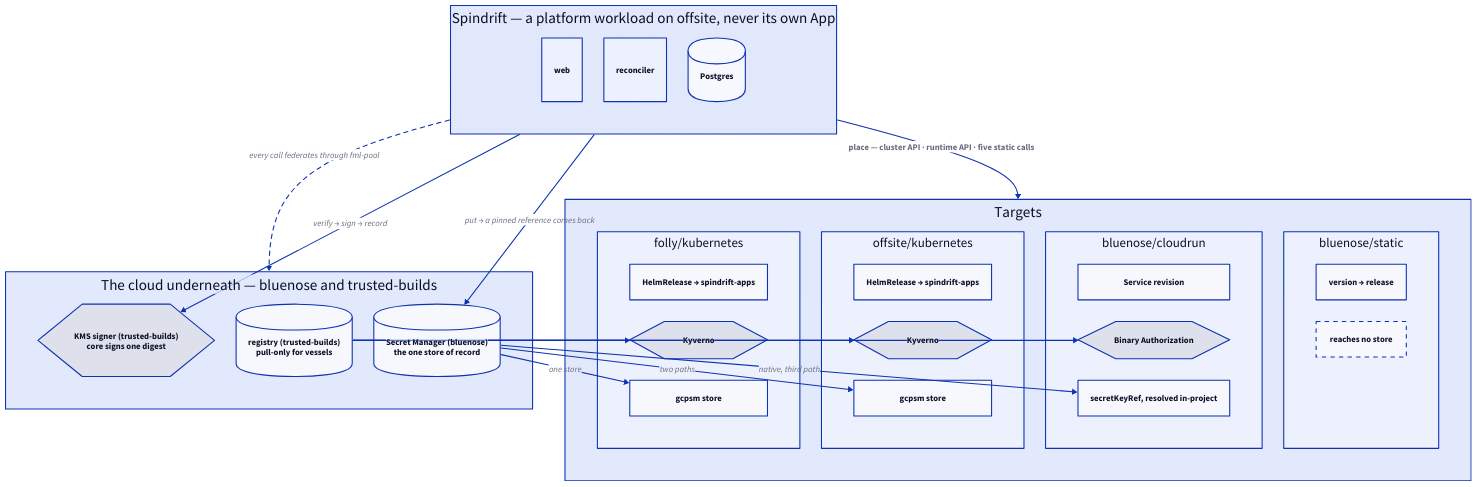
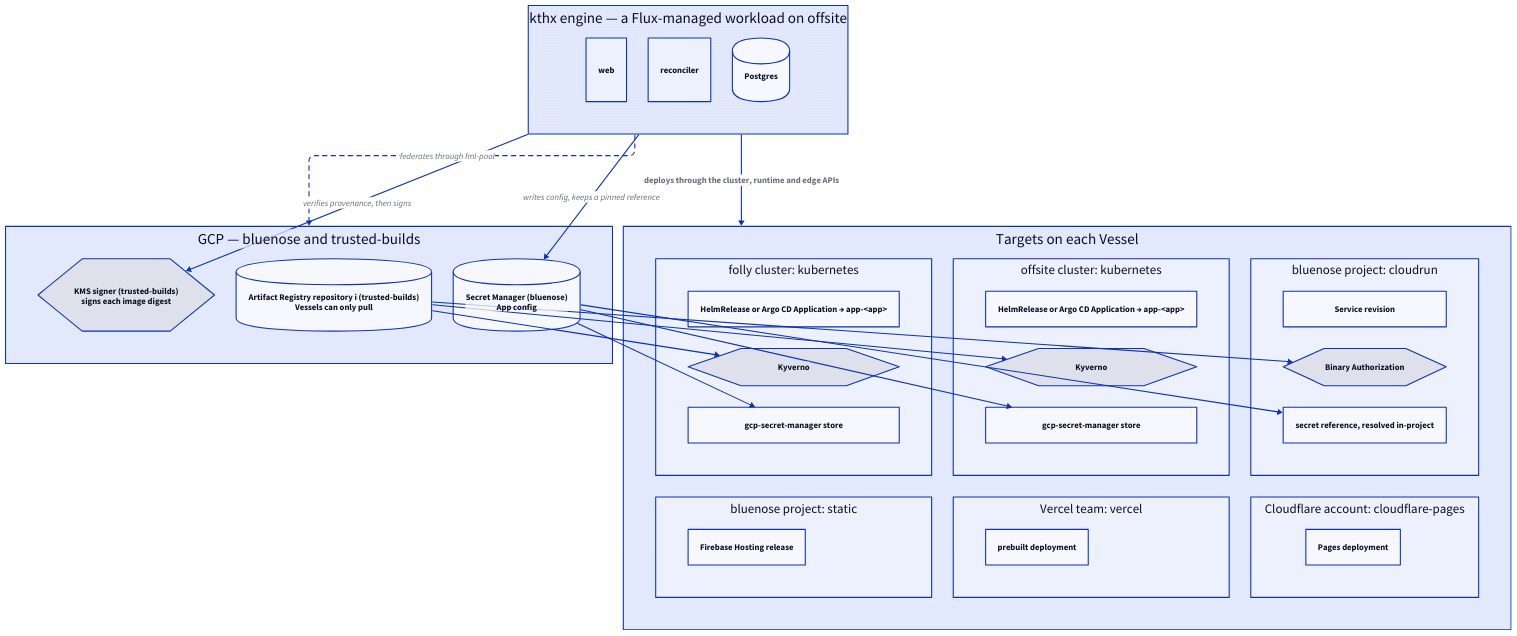
One commit to jonpulsifer/infra changed the diagram in docs/assets/spindrift-vessels.d2. Above: the diagram before and after it, drawn with D2. The commit also changed 18 other files, not shown here.

First line of the commit message:
docs: rewrite app pages

```diff
--- a/docs/assets/spindrift-vessels.d2
+++ b/docs/assets/spindrift-vessels.d2
@@ -1,79 +1,78 @@
-# Spindrift's vessels and the cloud they federate into.
-#
-# A Vessel is the boundary that admits a call or refuses it. A Target is one
-# runtime surface on a vessel, and a Target is what a Component is placed on.
-# Terraform owns every boundary and Flux owns each cluster's platform
-# prerequisites; Spindrift only places workloads inside one.
-#
-# Labels stay short on purpose — the prose on docs/apps/kthx/built-apps.md
-# carries the sentences, this carries the shape. Edges stay few for the same
-# reason: the ownership story belongs in the prose beside it rather than drawn
-# as an arrow every box, which is what turned an earlier revision into
-# spaghetti.
+# kthx built apps: the Vessels, their Targets, and the GCP projects the
+# engine federates into.
 
 vars: {
   d2-config: {
-    layout-engine: dagre
+    layout-engine: elk
     theme-id: 0
     dark-theme-id: 200
     pad: 20
   }
 }
 
 direction: down
 
-control: "Spindrift — a platform workload on offsite, never its own App" {
+control: "kthx engine — a Flux-managed workload on offsite" {
   style.fill-pattern: dots
   grid-columns: 3
   web: web
   rec: reconciler
   db: Postgres {shape: cylinder}
 }
 
-cloud: "The cloud underneath — bluenose and trusted-builds" {
+cloud: "GCP — bluenose and trusted-builds" {
   grid-columns: 3
-  kms: "KMS signer (trusted-builds)\ncore signs one digest" {shape: hexagon}
-  reg: "registry (trusted-builds)\npull-only for vessels" {shape: cylinder}
-  sm: "Secret Manager (bluenose)\nthe one store of record" {shape: cylinder}
+  kms: "KMS signer (trusted-builds)\nsigns each image digest" {shape: hexagon}
+  reg: "Artifact Registry repository i (trusted-builds)\nVessels can only pull" {shape: cylinder}
+  sm: "Secret Manager (bluenose)\nApp config" {shape: cylinder}
 }
 
-targets: Targets {
-  grid-columns: 4
+# The grid fills column by column, so this order puts the three Targets that
+# GCP feeds on the first row.
+targets: "Targets on each Vessel" {
+  grid-columns: 3
 
-  fk: "folly/kubernetes" {
+  fk: "folly cluster: kubernetes" {
     grid-columns: 1
-    ns: HelmRelease → spindrift-apps
+    ns: "HelmRelease or Argo CD Application → app-<app>"
     kyverno: Kyverno {shape: hexagon}
-    ess: gcpsm store
+    ess: gcp-secret-manager store
   }
-  ok: "offsite/kubernetes" {
+  st: "bluenose project: static" {
     grid-columns: 1
-    ns: HelmRelease → spindrift-apps
+    site: Firebase Hosting release
+  }
+  ok: "offsite cluster: kubernetes" {
+    grid-columns: 1
+    ns: "HelmRelease or Argo CD Application → app-<app>"
     kyverno: Kyverno {shape: hexagon}
-    ess: gcpsm store
+    ess: gcp-secret-manager store
   }
-  cr: "bluenose/cloudrun" {
+  vc: "Vercel team: vercel" {
+    grid-columns: 1
+    dep: prebuilt deployment
+  }
+  cr: "bluenose project: cloudrun" {
     grid-columns: 1
     svc: Service revision
     ba: Binary Authorization {shape: hexagon}
-    ref: secretKeyRef, resolved in-project
+    ref: secret reference, resolved in-project
   }
-  st: "bluenose/static" {
+  cf: "Cloudflare account: cloudflare-pages" {
     grid-columns: 1
-    site: version → release
-    none: reaches no store {style.stroke-dash: 4}
+    dep: Pages deployment
   }
 }
 
-control -> cloud.sm: put → a pinned reference comes back
-control -> cloud.kms: verify → sign → record
-control -> cloud: every call federates through fml-pool {style.stroke-dash: 4}
-control -> targets: "place — cluster API · runtime API · five static calls" {style.bold: true}
+control -> cloud.sm: writes config, keeps a pinned reference
+control -> cloud.kms: verifies provenance, then signs
+control -> cloud: federates through fml-pool {style.stroke-dash: 4}
+control -> targets: "deploys through the cluster, runtime and edge APIs" {style.bold: true}
 
 cloud.reg -> targets.fk.kyverno
 cloud.reg -> targets.ok.kyverno
 cloud.reg -> targets.cr.ba
 
-cloud.sm -> targets.fk.ess: one store
-cloud.sm -> targets.ok.ess: two paths
-cloud.sm -> targets.cr.ref: native, third path
+cloud.sm -> targets.fk.ess
+cloud.sm -> targets.ok.ess
+cloud.sm -> targets.cr.ref
```
